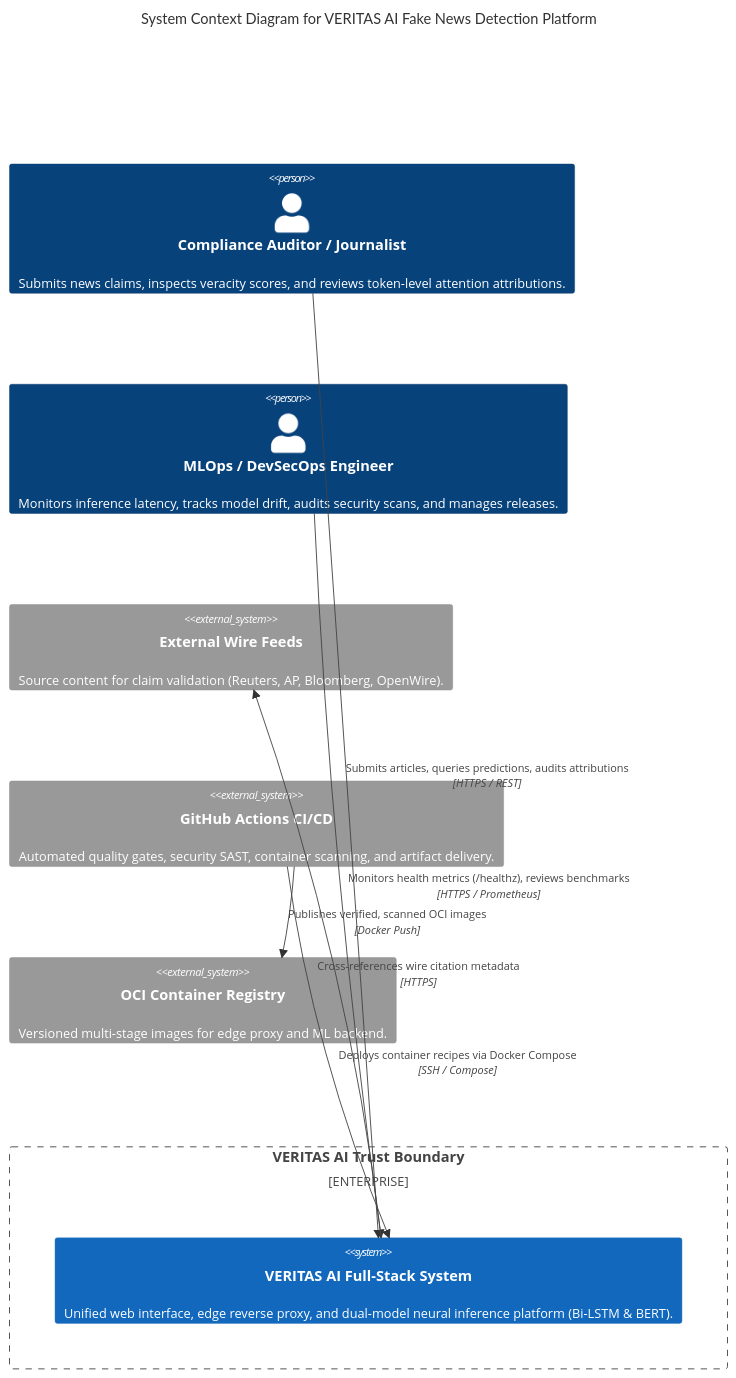
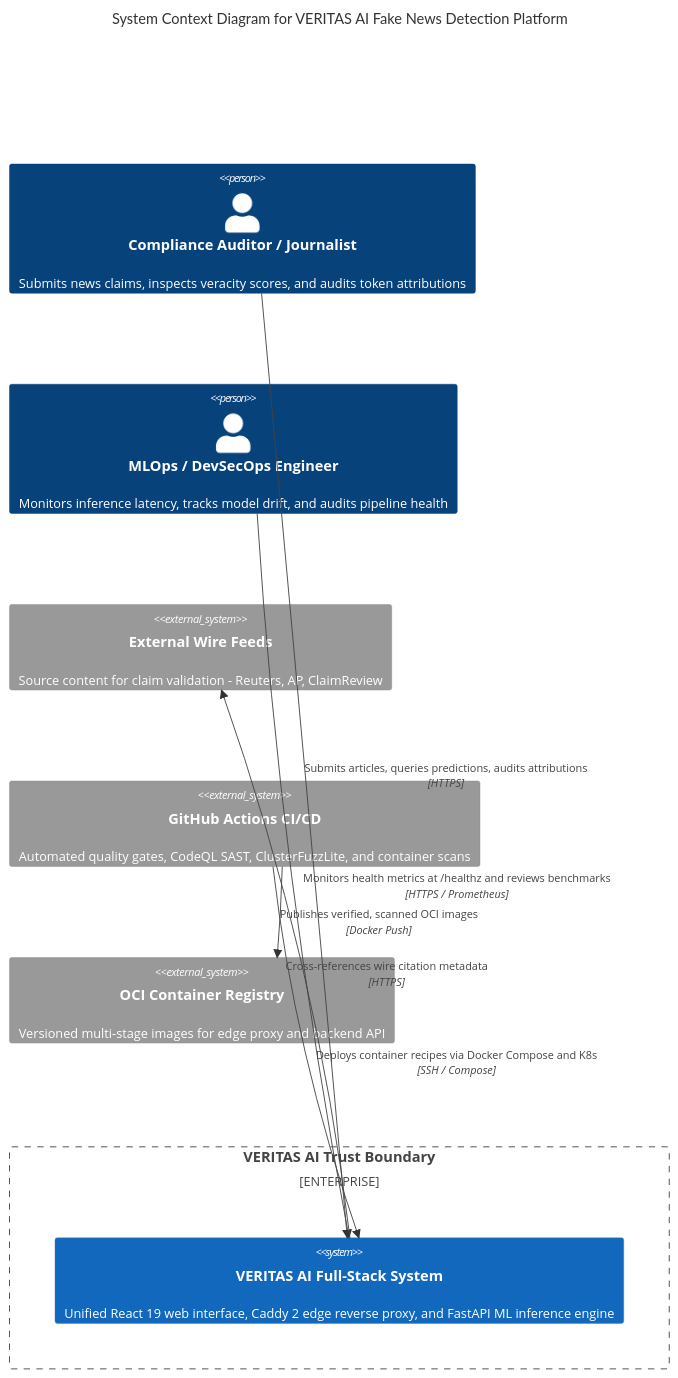
One commit to tejaswin-amara/Fake-News-Detection-Using-NLP-LSTM-and-BERT-Transformer-Models changed the first of 4 diagrams in README.md. Above: the diagram before and after it, drawn with Mermaid. The commit also changed other lines of this file and 1 other file, not shown here.

````diff
--- a/README.md
+++ b/README.md
@@ -92,21 +65,21 @@
 ```mermaid
 C4Context
     title System Context Diagram for VERITAS AI Fake News Detection Platform
 
-    Person(auditor, "Compliance Auditor / Journalist", "Submits news claims, inspects veracity scores, and reviews token-level attention attributions.")
-    Person(mlops, "MLOps / DevSecOps Engineer", "Monitors inference latency, tracks model drift, audits security scans, and manages releases.")
+    Person(auditor, "Compliance Auditor / Journalist", "Submits news claims, inspects veracity scores, and audits token attributions")
+    Person(mlops, "MLOps / DevSecOps Engineer", "Monitors inference latency, tracks model drift, and audits pipeline health")
 
     Enterprise_Boundary(b0, "VERITAS AI Trust Boundary") {
-        System(veritas_platform, "VERITAS AI Full-Stack System", "Unified web interface, edge reverse proxy, and dual-model neural inference platform (Bi-LSTM & BERT).")
+        System(veritas_platform, "VERITAS AI Full-Stack System", "Unified React 19 web interface, Caddy 2 edge reverse proxy, and FastAPI ML inference engine")
     }
 
-    System_Ext(wire_services, "External Wire Feeds", "Source content for claim validation (Reuters, AP, Bloomberg, OpenWire).")
-    System_Ext(ci_cd, "GitHub Actions CI/CD", "Automated quality gates, security SAST, container scanning, and artifact delivery.")
-    System_Ext(docker_registry, "OCI Container Registry", "Versioned multi-stage images for edge proxy and ML backend.")
+    System_Ext(wire_services, "External Wire Feeds", "Source content for claim validation - Reuters, AP, ClaimReview")
+    System_Ext(ci_cd, "GitHub Actions CI/CD", "Automated quality gates, CodeQL SAST, ClusterFuzzLite, and container scans")
+    System_Ext(docker_registry, "OCI Container Registry", "Versioned multi-stage images for edge proxy and backend API")
 
-    Rel(auditor, veritas_platform, "Submits articles, queries predictions, audits attributions", "HTTPS / REST")
-    Rel(mlops, veritas_platform, "Monitors health metrics (/healthz), reviews benchmarks", "HTTPS / Prometheus")
+    Rel(auditor, veritas_platform, "Submits articles, queries predictions, audits attributions", "HTTPS")
+    Rel(mlops, veritas_platform, "Monitors health metrics at /healthz and reviews benchmarks", "HTTPS / Prometheus")
     Rel(ci_cd, docker_registry, "Publishes verified, scanned OCI images", "Docker Push")
-    Rel(ci_cd, veritas_platform, "Deploys container recipes via Docker Compose", "SSH / Compose")
+    Rel(ci_cd, veritas_platform, "Deploys container recipes via Docker Compose and K8s", "SSH / Compose")
     Rel(veritas_platform, wire_services, "Cross-references wire citation metadata", "HTTPS")
 ```
````
